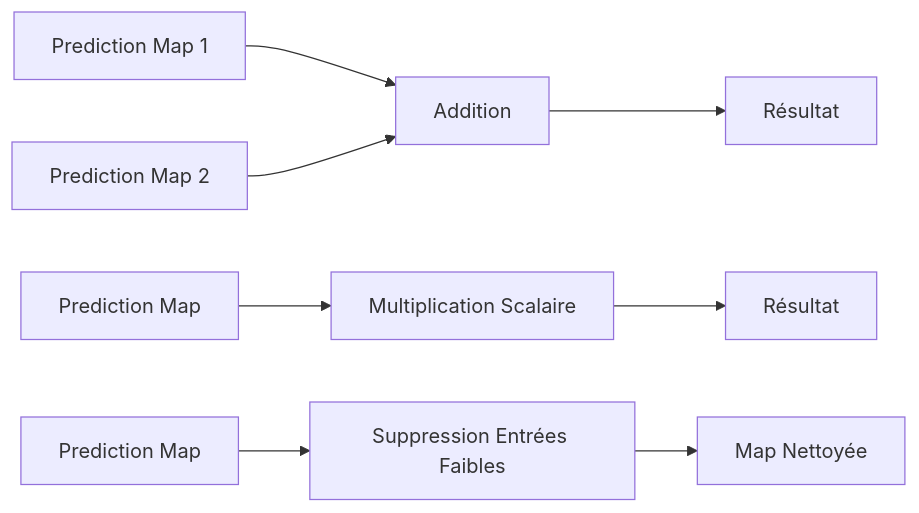
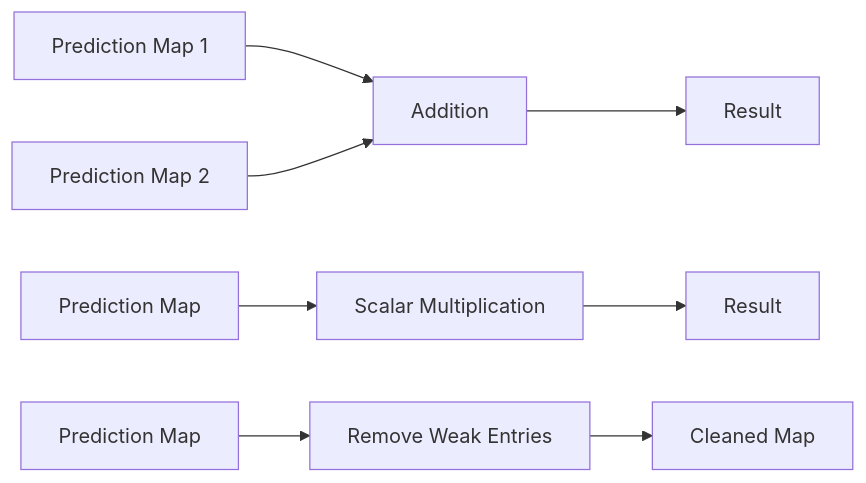
Before and after one commit to sbstndb/samurai: the second of 9 diagrams in docs/reconstruction_system.md, drawn with Mermaid. The commit also changed other lines of this file and 8 other files, not shown here.

````diff
--- a/docs/reconstruction_system.md
+++ b/docs/reconstruction_system.md
@@ -44,12 +44,12 @@
 ```mermaid
 graph LR
     A[Prediction Map 1] --> C[Addition]
     B[Prediction Map 2] --> C
-    C --> D[Résultat]
+    C --> D[Result]
     
-    E[Prediction Map] --> F[Multiplication Scalaire]
-    F --> G[Résultat]
+    E[Prediction Map] --> F[Scalar Multiplication]
+    F --> G[Result]
     
-    H[Prediction Map] --> I[Suppression Entrées Faibles]
-    I --> J[Map Nettoyée]
+    H[Prediction Map] --> I[Remove Weak Entries]
+    I --> J[Cleaned Map]
 ```
````
